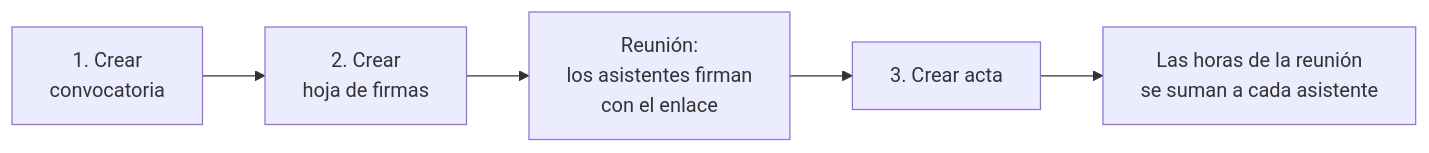
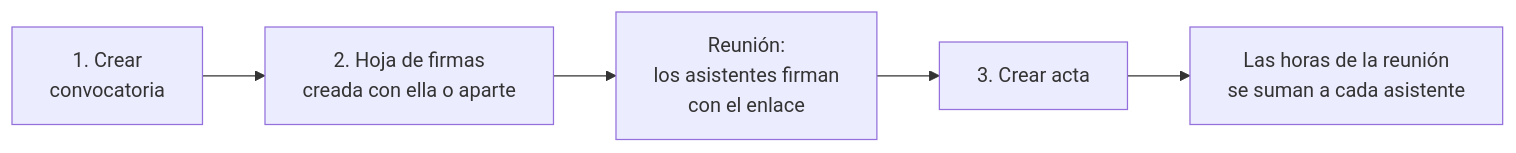
One commit to EGCETSII/guia_evidentia changed the diagram in docs/06-secretario.md. Above: the diagram before and after it, drawn with Mermaid. The commit also changed other lines of this file, not shown here.

````diff
--- a/docs/06-secretario.md
+++ b/docs/06-secretario.md
@@ -17,7 +18,7 @@
 ```mermaid
 flowchart LR
-    A[1. Crear<br>convocatoria] --> B[2. Crear<br>hoja de firmas]
+    A[1. Crear<br>convocatoria] --> B[2. Hoja de firmas<br>creada con ella o aparte]
     B --> C[Reunión:<br>los asistentes firman<br>con el enlace]
     C --> D[3. Crear acta]
     D --> E[Las horas de la reunión<br>se suman a cada asistente]
 ```
````
